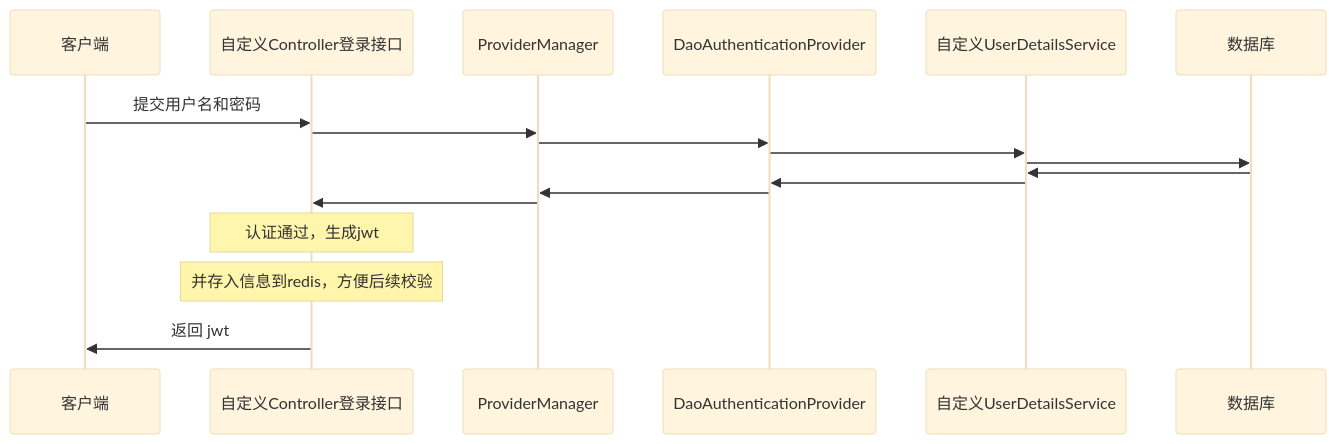
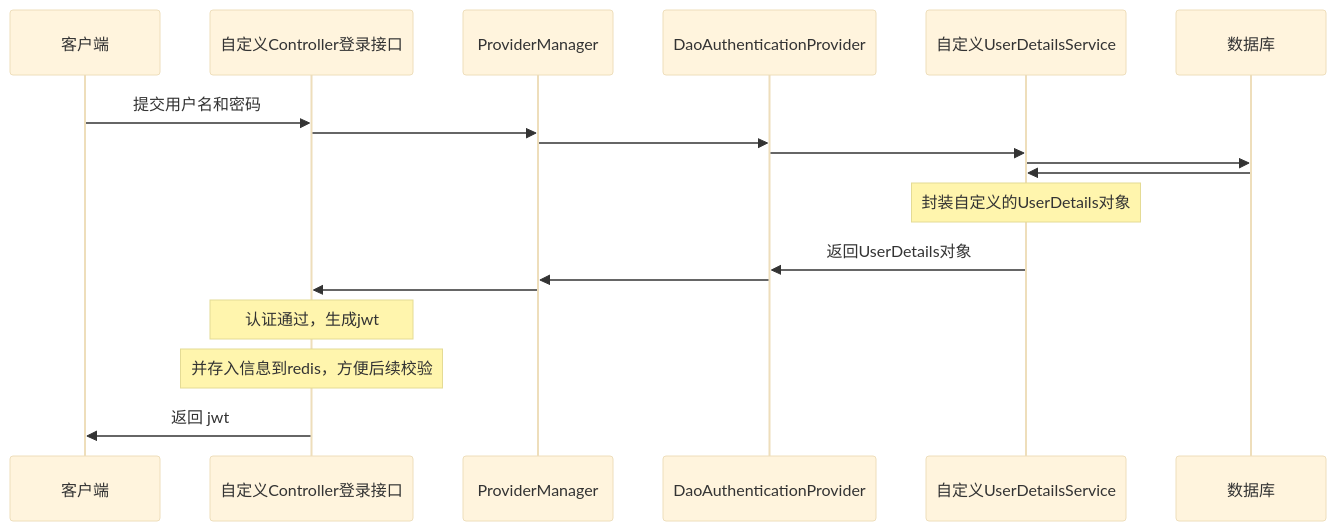
The first of 2 diagrams in 计算机/JavaWeb/后端/Spring Security.md (poppop9/obsidian), drawn with Mermaid (base theme) before and after one commit. The commit also changed other lines of this file and 3 other files, not shown here.

````diff
--- a/计算机/JavaWeb/后端/Spring Security.md
+++ b/计算机/JavaWeb/后端/Spring Security.md
@@ -74,22 +74,23 @@
 ```mermaid
 sequenceDiagram
     participant 客户端
     participant C AS 自定义Controller登录接口
     participant P AS ProviderManager
     participant D AS DaoAuthenticationProvider
     participant U AS 自定义UserDetailsService
     participant 数据库
 
 	客户端->>C: 提交用户名和密码
 	C->>P: 
 	P->>D: 
 	D->>U: 
 	U->>数据库: 
 	数据库->>U: 
-	U->>D: 
+	Note over U: 封装自定义的UserDetails对象
+	U->>D: 返回UserDetails对象
 	D->>P: 
     P->>C: 
     Note over C: 认证通过，生成jwt
     Note over C: 并存入信息到redis，方便后续校验
     C->>客户端: 返回 jwt
 ```
````
